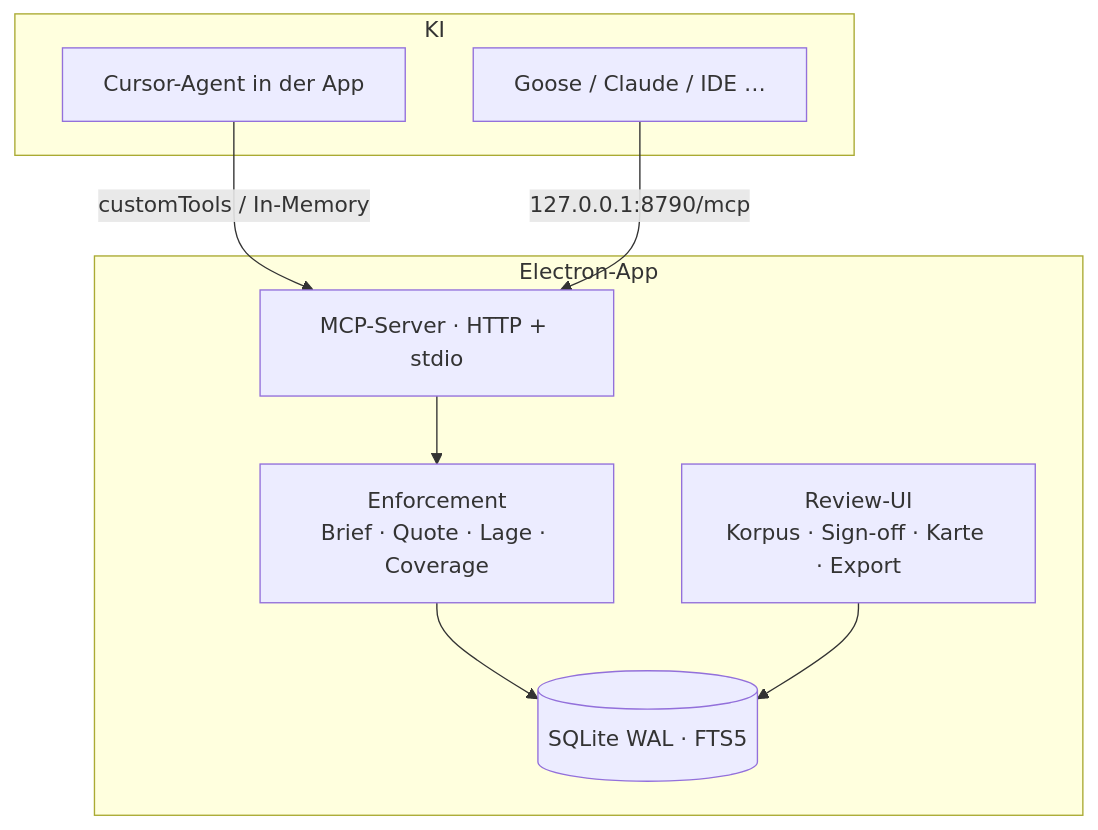
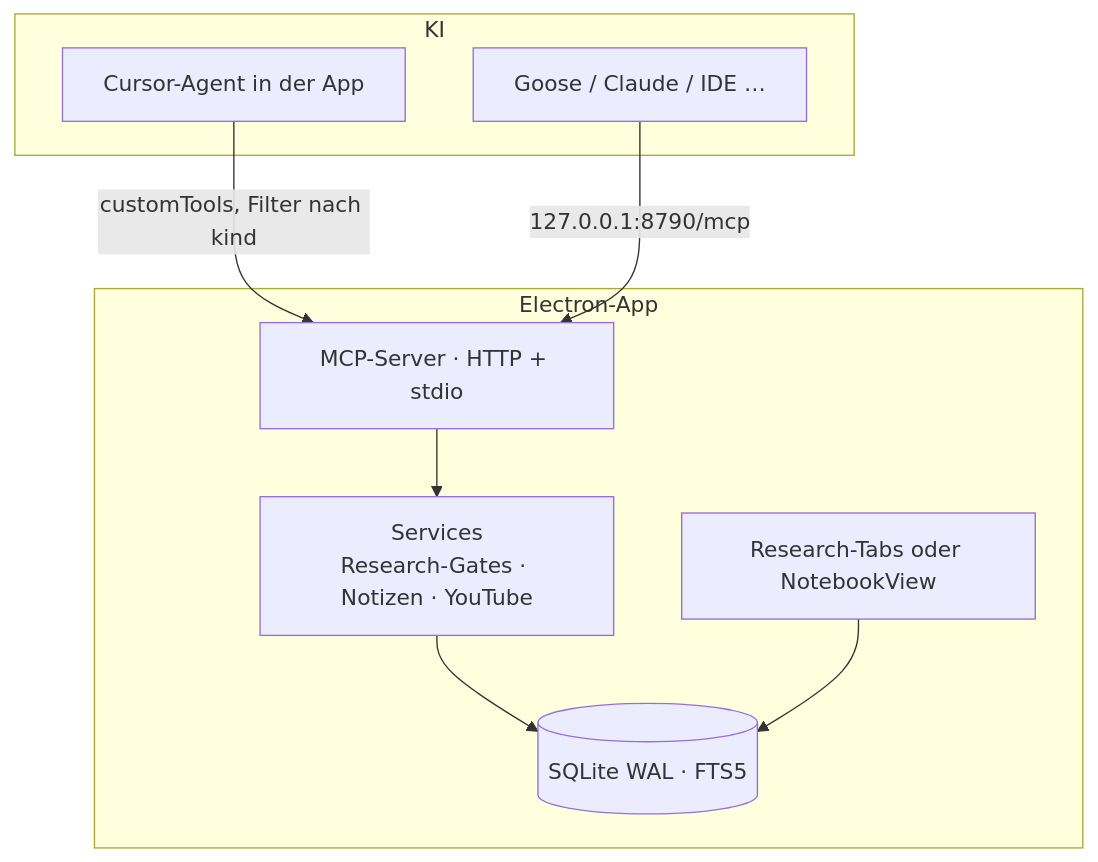
One commit to renejes/apropos changed the second of 2 diagrams in README.md. Above: the diagram before and after it, drawn with Mermaid. The commit also changed other lines of this file and 36 other files, not shown here.

First line of the commit message:
Baut den Notebook-Modus neben unverändertem Research und stellt auf GPL-3.0.

````diff
--- a/README.md
+++ b/README.md
@@ -92,19 +110,19 @@
 ```mermaid
 flowchart TB
     subgraph clients [KI]
         Cursor[Cursor-Agent in der App]
         Others[Goose / Claude / IDE …]
     end
 
     subgraph app [Electron-App]
         MCP[MCP-Server · HTTP + stdio]
-        Enforce[Enforcement<br/>Brief · Quote · Lage · Coverage]
+        Enforce[Services<br/>Research-Gates · Notizen · YouTube]
         DB[(SQLite WAL · FTS5)]
-        UI[Review-UI<br/>Korpus · Sign-off · Karte · Export]
+        UI[Research-Tabs oder NotebookView]
     end
 
-    Cursor -->|customTools / In-Memory| MCP
+    Cursor -->|customTools, Filter nach kind| MCP
     Others -->|127.0.0.1:8790/mcp| MCP
     MCP --> Enforce --> DB
     UI --> DB
 ```
````
